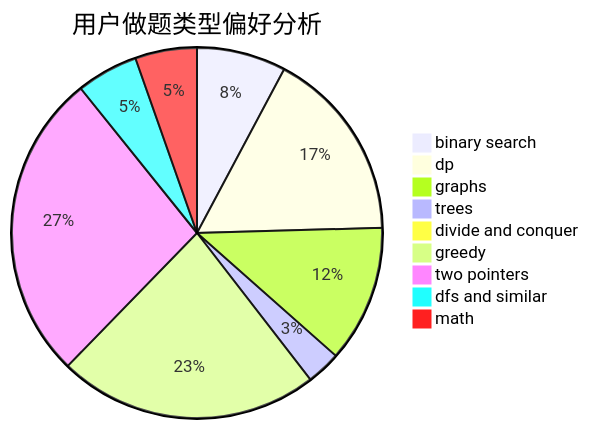
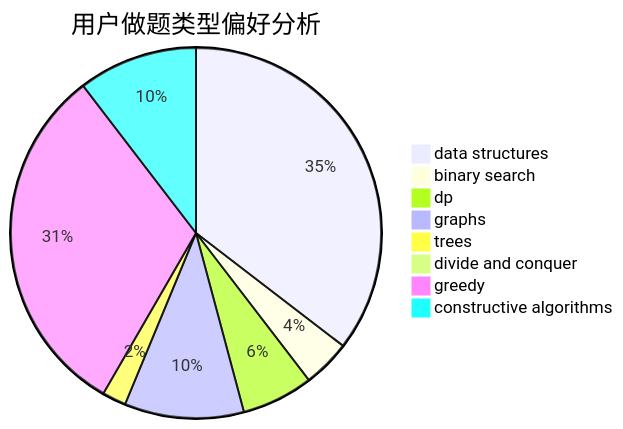
One commit to sherpahu/cfrs.github.io changed the second of 3 diagrams in docs/user/u2117.md. Above: the diagram before and after it, drawn with Mermaid. The commit also changed other lines of this file and 2775 other files, not shown here.

````diff
--- a/docs/user/u2117.md
+++ b/docs/user/u2117.md
@@ -23,12 +23,11 @@
 ```mermaid
 pie title 用户做题类型偏好分析
-    "binary search" :  13
-    "dp" :  28
-    "graphs" :  20
-    "trees" :  5
+    "data structures" :  34
+    "binary search" :  4
+    "dp" :  6
+    "graphs" :  10
+    "trees" :  2
     "divide and conquer" :  0
-    "greedy" :  38
-    "two pointers" :  45
-    "dfs and similar" :  9
-    "math" :  9
+    "greedy" :  30
+    "constructive algorithms" :  10
 ```
````
